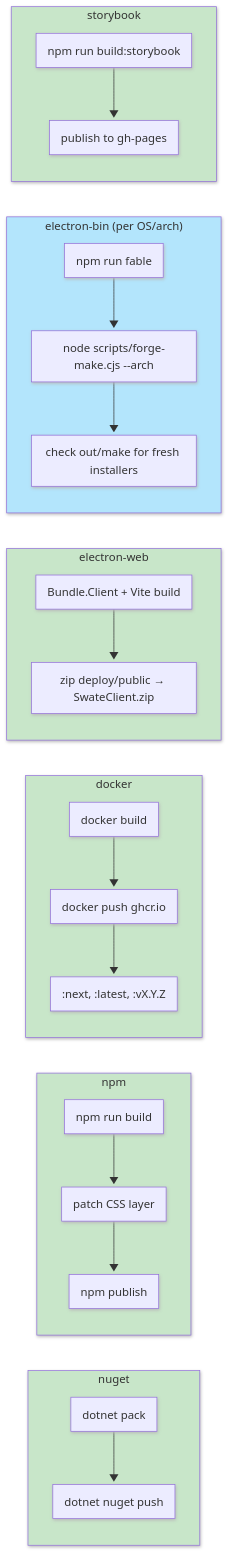
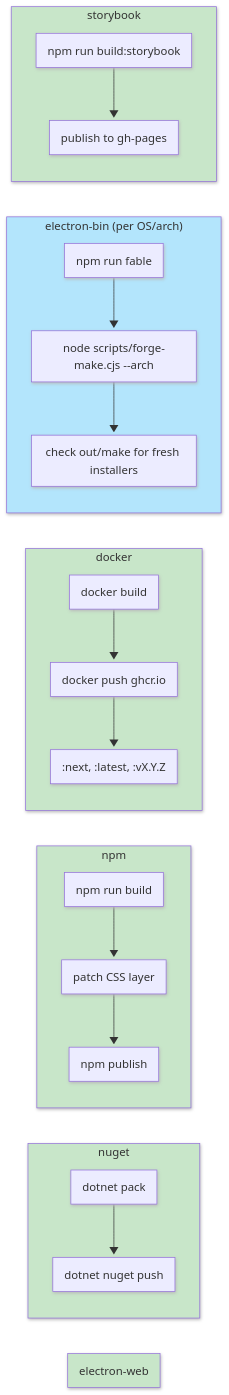
The second of 2 diagrams in docs/maintainer/README.md (nfdi4plants/Swate), drawn with Mermaid before and after one commit. The commit also changed other lines of this file and 58 other files, not shown here.

````diff
--- a/docs/maintainer/README.md
+++ b/docs/maintainer/README.md
@@ -89,40 +87,36 @@
 ```mermaid
 ---
 config:
   look: neo
   layout: dagre
 ---
 flowchart LR
     subgraph nuget["nuget"]
         direction TB
         n1["dotnet pack"] --> n2["dotnet nuget push"]
     end
     subgraph npm["npm"]
         direction TB
         n3["npm run build"] --> n4["patch CSS layer"] --> n5["npm publish"]
     end
     subgraph docker["docker"]
         direction TB
         n6["docker build"] --> n7["docker push ghcr.io"]
         n7 --> n8[":next, :latest, :vX.Y.Z"]
     end
-    subgraph electron-web["electron-web"]
-        direction TB
-        n9["Bundle.Client + Vite build"] --> n10["zip deploy/public → SwateClient.zip"]
-    end
     subgraph electron-bin["electron-bin (per OS/arch)"]
         direction TB
         n11["npm run fable"] --> n12["node scripts/forge-make.cjs --arch"] --> n12b["check out/make for fresh installers"]
     end
     subgraph storybook["storybook"]
         direction TB
         n13["npm run build:storybook"] --> n14["publish to gh-pages"]
     end
 
     style nuget fill:#C8E6C9
     style npm fill:#C8E6C9
     style docker fill:#C8E6C9
     style electron-web fill:#C8E6C9
     style electron-bin fill:#B3E5FC
     style storybook fill:#C8E6C9
 ```
````
